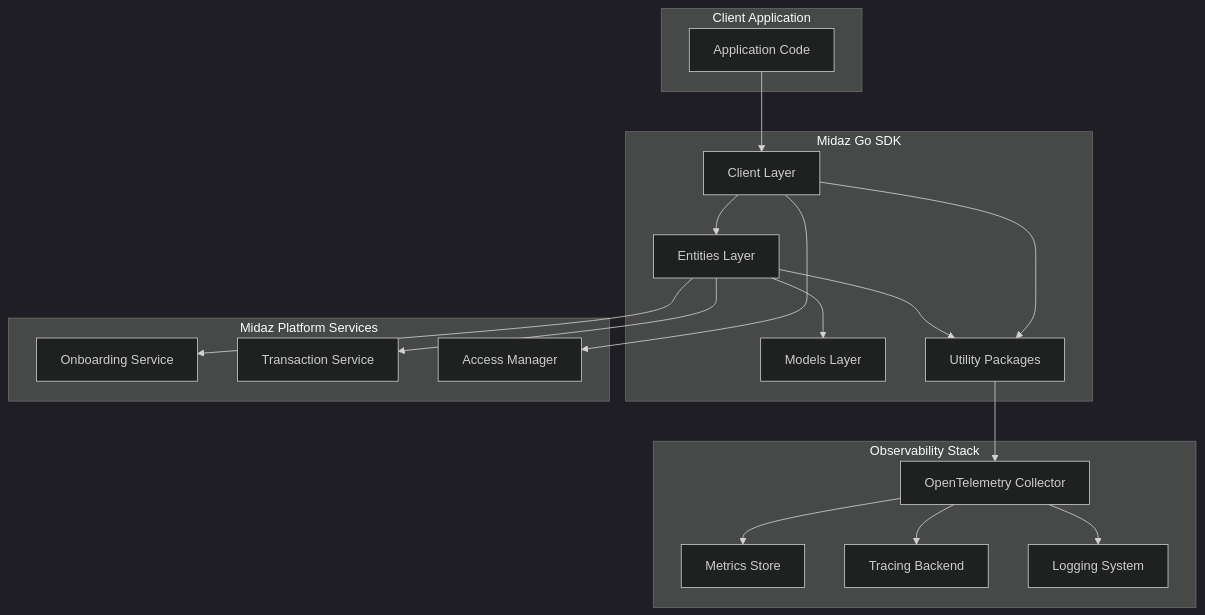
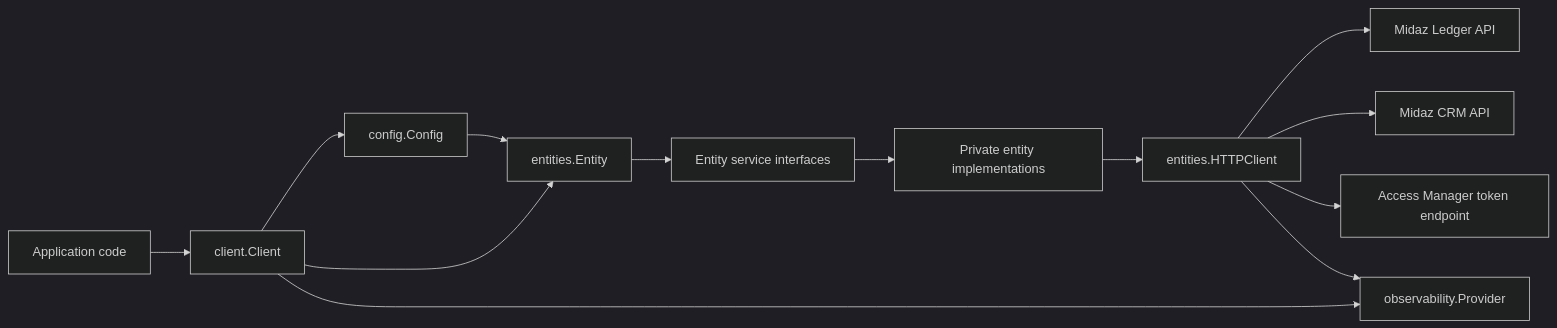
The first of 3 diagrams in docs/comprehensive-architecture.md (LerianStudio/midaz-sdk-golang), drawn with Mermaid (dark theme) before and after one commit. The commit also changed other lines of this file and 25 other files, not shown here.

````diff
--- a/docs/comprehensive-architecture.md
+++ b/docs/comprehensive-architecture.md
@@ -47,40 +21,18 @@
 ```mermaid
-graph TB
-    subgraph "Client Application"
-        APP[Application Code]
-    end
+flowchart LR
+    App[Application code] --> Client[client.Client]
+    Client --> Config[config.Config]
+    Client --> Entity[entities.Entity]
 
-    subgraph "Midaz Go SDK"
-        CLIENT[Client Layer]
-        ENTITIES[Entities Layer]
-        MODELS[Models Layer]
-        UTILS[Utility Packages]
+    Config --> Entity
+    Entity --> Services[Entity service interfaces]
+    Services --> Impl[Private entity implementations]
+    Impl --> HTTP[entities.HTTPClient]
 
-        CLIENT --> ENTITIES
-        ENTITIES --> MODELS
-        ENTITIES --> UTILS
-        CLIENT --> UTILS
-    end
+    HTTP --> Ledger[Midaz Ledger API]
+    HTTP --> CRM[Midaz CRM API]
+    HTTP --> Access[Access Manager token endpoint]
 
-    subgraph "Midaz Platform Services"
-        ONBOARDING[Onboarding Service]
-        TRANSACTION[Transaction Service]
-        AUTH[Access Manager]
-    end
-
-    subgraph "Observability Stack"
-        OTEL[OpenTelemetry Collector]
-        METRICS[Metrics Store]
-        TRACES[Tracing Backend]
-        LOGS[Logging System]
-    end
-
-    APP --> CLIENT
-    ENTITIES --> ONBOARDING
-    ENTITIES --> TRANSACTION
-    CLIENT --> AUTH
-    UTILS --> OTEL
-    OTEL --> METRICS
-    OTEL --> TRACES
-    OTEL --> LOGS
+    Client --> Obs[observability.Provider]
+    HTTP --> Obs
 ```
````
